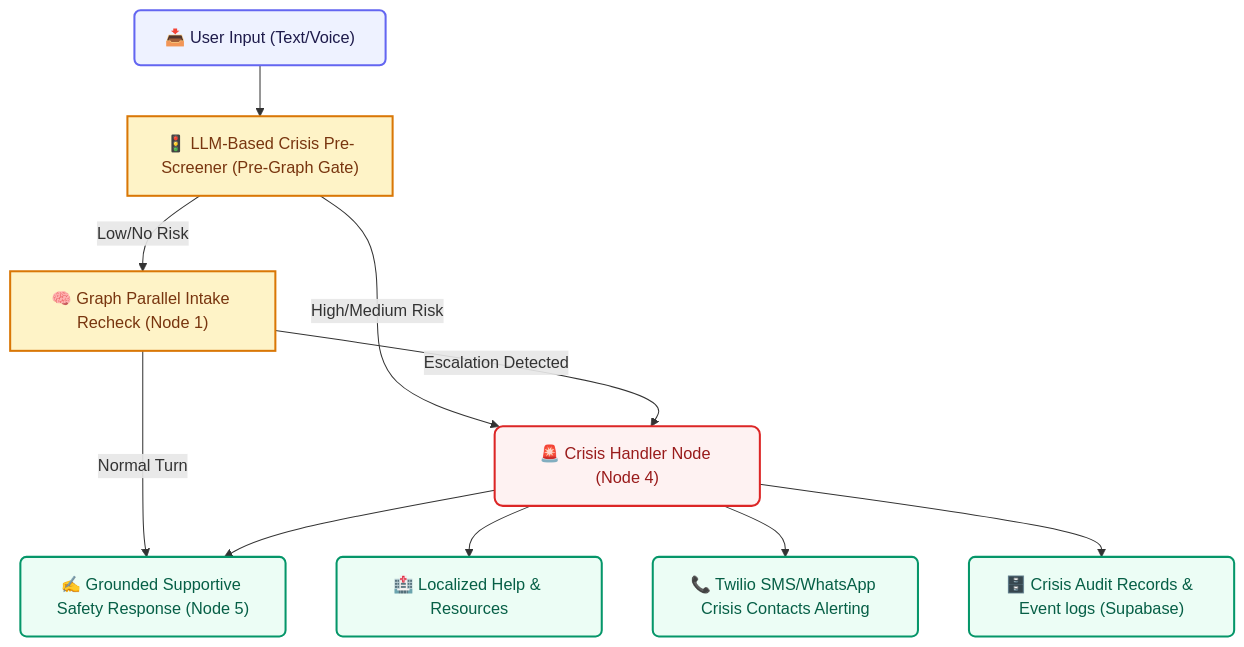
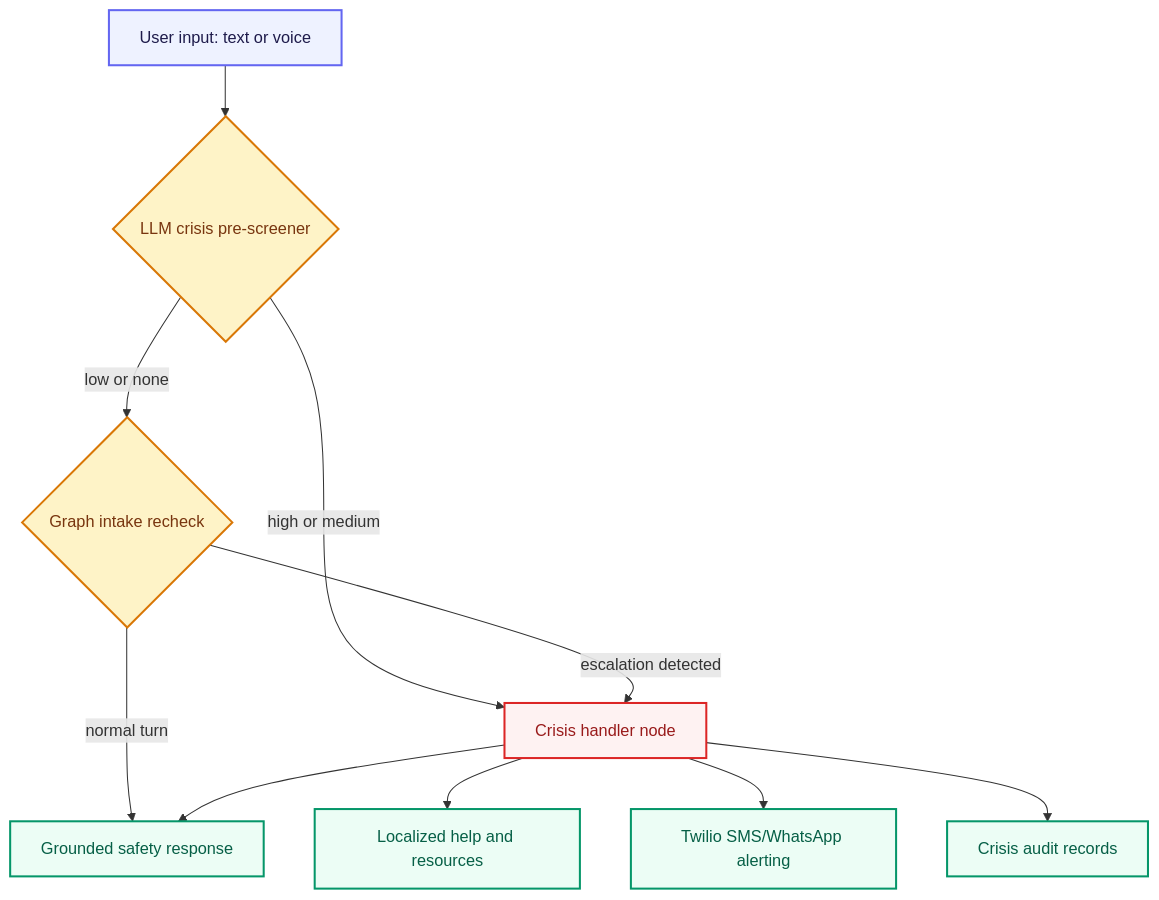
Before and after one commit to taha-mehmood-03/Personlaized-Trainer-Using-Agentic-AI: diagram 12 of 20 in README.md, drawn with Mermaid. The commit also changed other lines of this file, not shown here.

````diff
--- a/README.md
+++ b/README.md
@@ -1023,27 +854,23 @@
 ```mermaid
 flowchart TD
-    %% Class Definitions
-    classDef input fill:#EEF2FF,stroke:#6366F1,stroke-width:2px,color:#1E1B4B,rx:6px,ry:6px;
+    classDef input fill:#EEF2FF,stroke:#6366F1,stroke-width:2px,color:#1E1B4B;
     classDef decision fill:#FEF3C7,stroke:#D97706,stroke-width:2px,color:#78350F;
-    classDef crisis fill:#FEF2F2,stroke:#DC2626,stroke-width:2px,color:#991B1B,rx:8px,ry:8px;
-    classDef output fill:#ECFDF5,stroke:#059669,stroke-width:2px,color:#065F46,rx:6px,ry:6px;
+    classDef crisis fill:#FEF2F2,stroke:#DC2626,stroke-width:2px,color:#991B1B;
+    classDef output fill:#ECFDF5,stroke:#059669,stroke-width:2px,color:#065F46;
 
-    Input["📥 User Input (Text/Voice)"]:::input
-    PreScreener["🚦 LLM-Based Crisis Pre-Screener (Pre-Graph Gate)"]:::decision
-    GraphCheck["🧠 Graph Parallel Intake Recheck (Node 1)"]:::decision
-    CrisisPath["🚨 Crisis Handler Node (Node 4)"]:::crisis
-    SafetyResponse["✍️ Grounded Supportive Safety Response (Node 5)"]:::output
-    Resources["🏥 Localized Help & Resources"]:::output
-    Twilio["📞 Twilio SMS/WhatsApp Crisis Contacts Alerting"]:::output
-    Audit["🗄️ Crisis Audit Records & Event logs (Supabase)"]:::output
+    Input["User input: text or voice"]:::input
+    PreScreener{"LLM crisis pre-screener"}:::decision
+    GraphCheck{"Graph intake recheck"}:::decision
+    CrisisPath["Crisis handler node"]:::crisis
+    SafetyResponse["Grounded safety response"]:::output
+    Resources["Localized help and resources"]:::output
+    Twilio["Twilio SMS/WhatsApp alerting"]:::output
+    Audit["Crisis audit records"]:::output
 
     Input --> PreScreener
-    PreScreener -- High/Medium Risk --> CrisisPath
-    PreScreener -- Low/No Risk --> GraphCheck
-    GraphCheck -- Escalation Detected --> CrisisPath
-    GraphCheck -- Normal Turn --> SafetyResponse
-    CrisisPath --> SafetyResponse
-    CrisisPath --> Resources
-    CrisisPath --> Twilio
-    CrisisPath --> Audit
+    PreScreener -- high or medium --> CrisisPath
+    PreScreener -- low or none --> GraphCheck
+    GraphCheck -- escalation detected --> CrisisPath
+    GraphCheck -- normal turn --> SafetyResponse
+    CrisisPath --> SafetyResponse & Resources & Twilio & Audit
 ```
````
